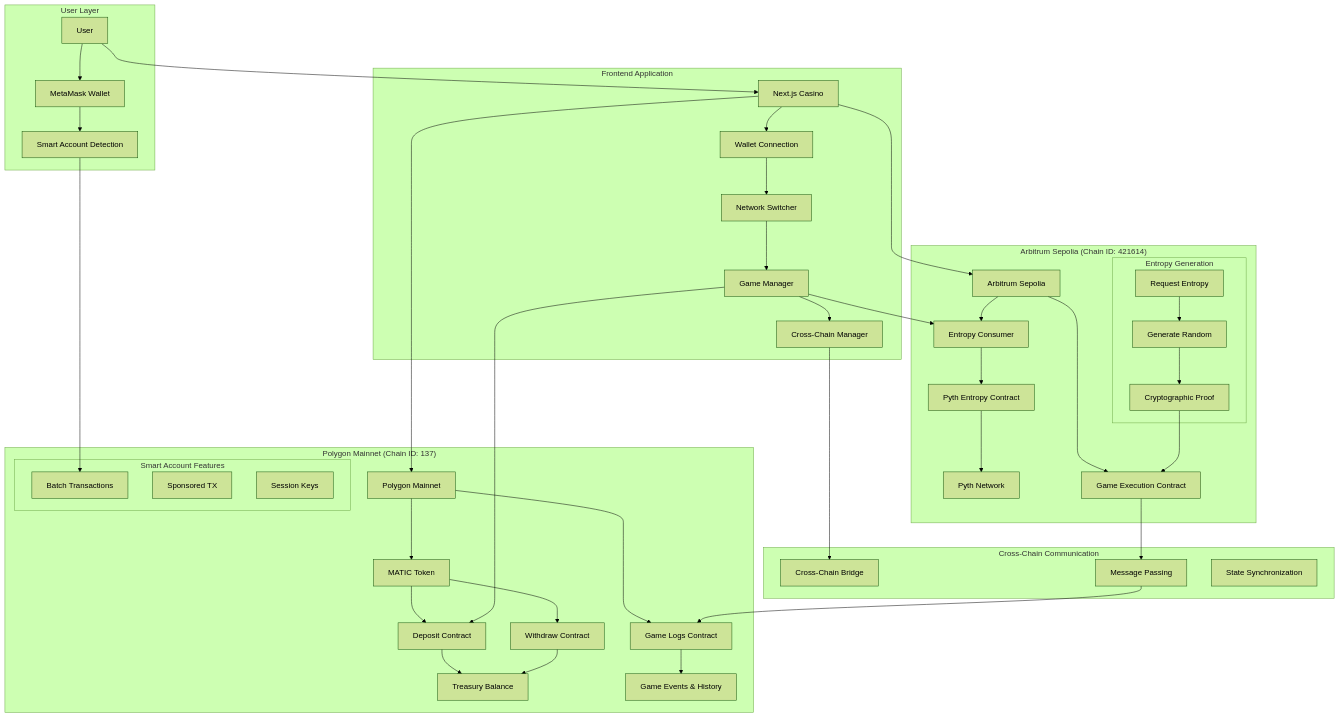
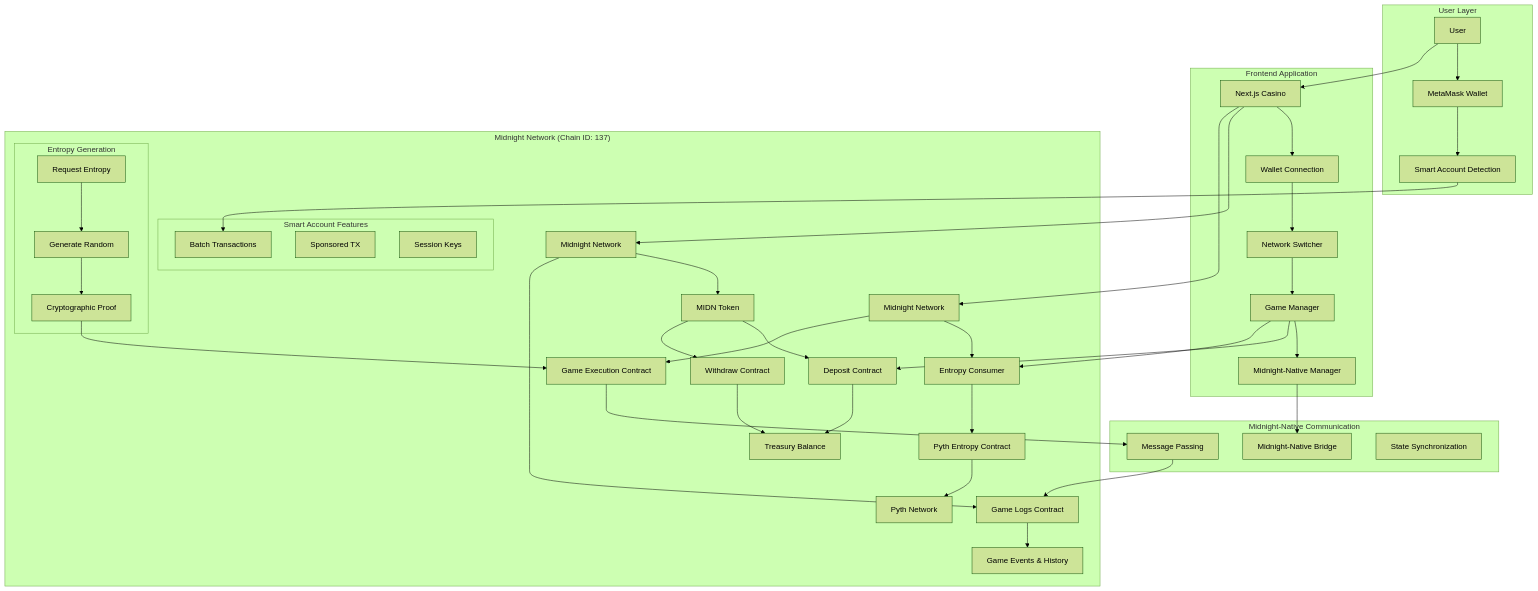
The fifth of 23 diagrams in MERMAID_DIAGRAMS.md (AmaanSayyad/Midnight-Casino), drawn with Mermaid (forest theme) before and after one commit. The commit also changed other lines of this file and 2 other files, not shown here.

Commit message:
rebrand(midnight): establish baseline identity and theme scaffolding

````diff
--- a/MERMAID_DIAGRAMS.md
+++ b/MERMAID_DIAGRAMS.md
@@ -169,62 +169,62 @@
 ```mermaid
 graph TB
     subgraph User["User Layer"]
         U[User] --> W[MetaMask Wallet]
         W --> SA[Smart Account Detection]
     end
     
     subgraph Frontend["Frontend Application"]
         F[Next.js Casino] --> WC[Wallet Connection]
         WC --> NS[Network Switcher]
         NS --> GM[Game Manager]
-        GM --> CM[Cross-Chain Manager]
+        GM --> CM[Midnight-Native Manager]
     end
     
-    subgraph PolygonNet["Polygon Mainnet (Chain ID: 137)"]
-        POL[Polygon Mainnet] --> MATIC[MATIC Token]
-        MATIC --> DEP[Deposit Contract]
-        MATIC --> WITH[Withdraw Contract]
+    subgraph Midnight NetworkNet["Midnight Network (Chain ID: 137)"]
+        POL[Midnight Network] --> MIDN[MIDN Token]
+        MIDN --> DEP[Deposit Contract]
+        MIDN --> WITH[Withdraw Contract]
         DEP --> TB[Treasury Balance]
         WITH --> TB
         POL --> LOGS[Game Logs Contract]
         LOGS --> EVENTS[Game Events & History]
         
         subgraph SmartAccount["Smart Account Features"]
             BATCH[Batch Transactions]
             SPONSOR[Sponsored TX]
             SESSION[Session Keys]
         end
     end
     
-    subgraph ArbitrumNet["Arbitrum Sepolia (Chain ID: 421614)"]
-        AS[Arbitrum Sepolia] --> EC[Entropy Consumer]
+    subgraph Midnight NetworkNet["Midnight Network (Chain ID: 421614)"]
+        AS[Midnight Network] --> EC[Entropy Consumer]
         EC --> PE[Pyth Entropy Contract]
         PE --> PN[Pyth Network]
         AS --> GAME[Game Execution Contract]
         
         subgraph EntropyFlow["Entropy Generation"]
             REQ[Request Entropy]
             GEN[Generate Random]
             PROOF[Cryptographic Proof]
         end
     end
     
-    subgraph CrossChain["Cross-Chain Communication"]
-        CC[Cross-Chain Bridge]
+    subgraph CrossChain["Midnight-Native Communication"]
+        CC[Midnight-Native Bridge]
         MSG[Message Passing]
         SYNC[State Synchronization]
     end
     
     U --> F
     F --> POL
     F --> AS
     GM --> DEP
     GM --> EC
     CM --> CC
     SA --> BATCH
     REQ --> GEN
     GEN --> PROOF
     PROOF --> GAME
     GAME --> MSG
     MSG --> LOGS
 ```
````
